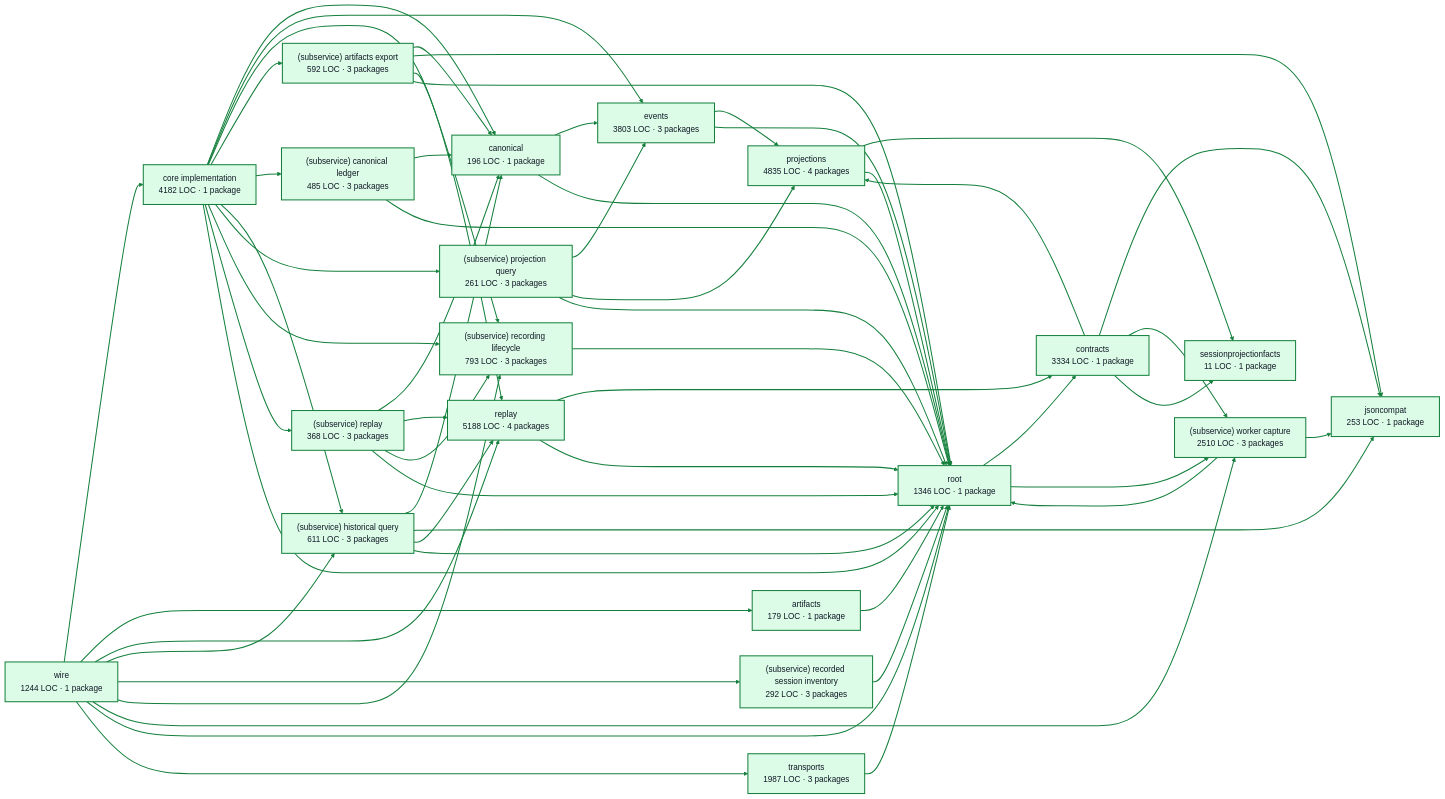
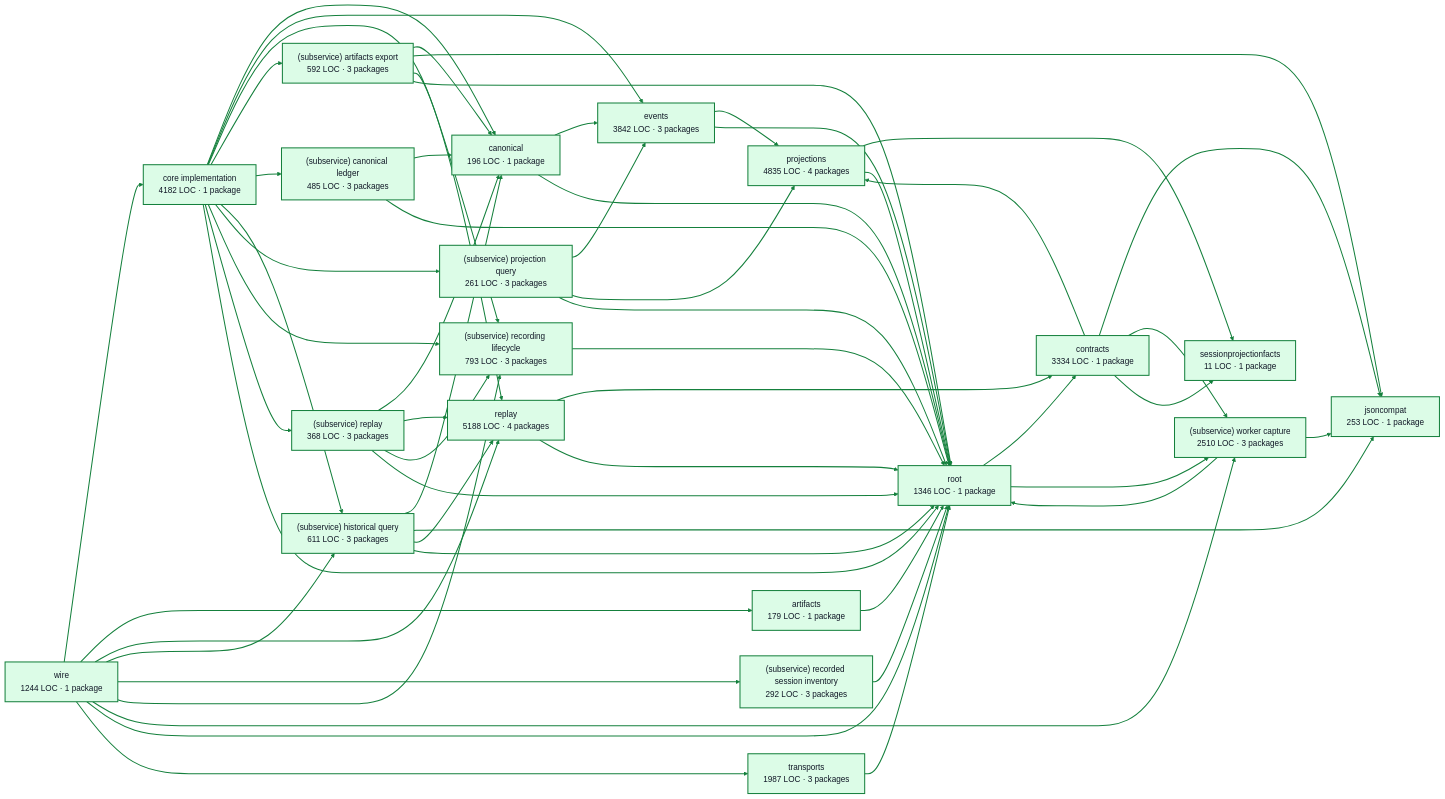
Before and after one commit to portpowered/you-agent-factory: the diagram in docs/architecture/visualizations/services/recordings.md, drawn with Mermaid. The commit also changed other lines of this file and 20 other files, not shown here.

Commit message:
docs: refresh backend architecture visualizations

```diff
--- a/docs/architecture/visualizations/services/recordings.md
+++ b/docs/architecture/visualizations/services/recordings.md
@@ -14,7 +14,7 @@
   p1["artifacts<br/>179 LOC · 1 package"]
   p2["canonical<br/>196 LOC · 1 package"]
   p3["contracts<br/>3334 LOC · 1 package"]
-  p4["events<br/>3803 LOC · 3 packages"]
+  p4["events<br/>3842 LOC · 3 packages"]
   p5["jsoncompat<br/>253 LOC · 1 package"]
   p6["projections<br/>4835 LOC · 4 packages"]
   p7["replay<br/>5188 LOC · 4 packages"]
```
